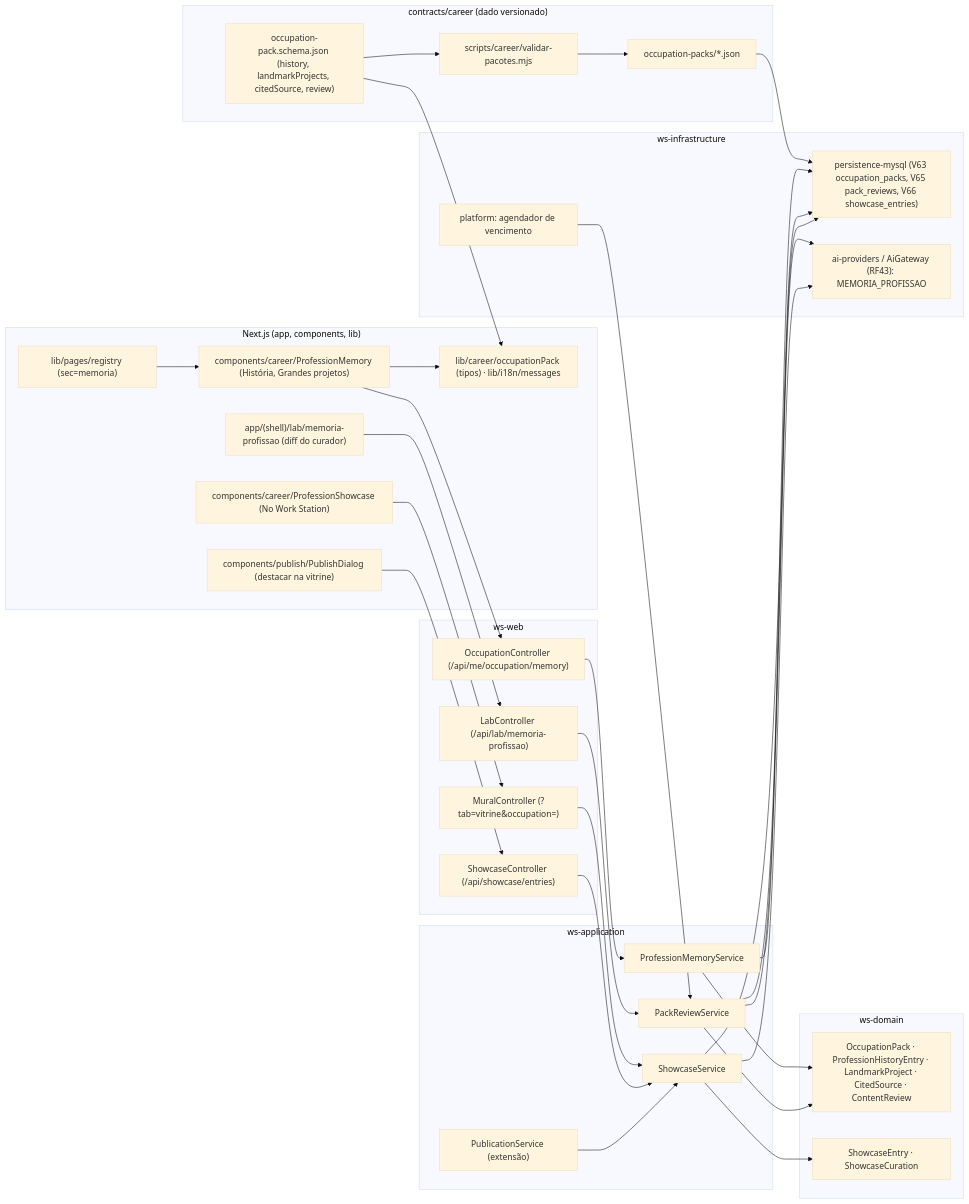
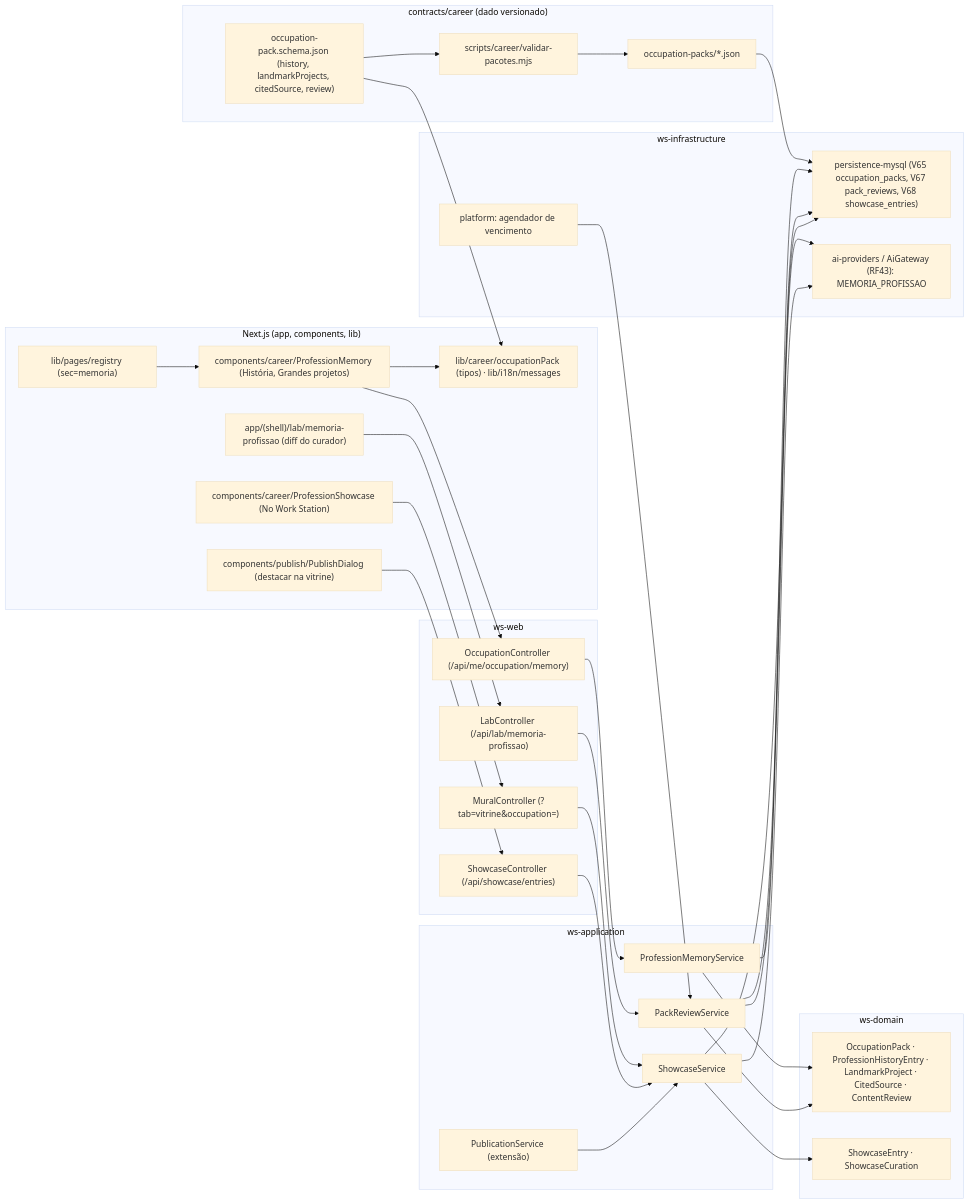
The seventh of 7 diagrams in docs/diagramas/RF78/README.md (MatheusHaliski/Decia-app-2026), drawn with Mermaid (base theme) before and after one commit. The commit also changed 83 other files, not shown here.

````diff
--- a/docs/diagramas/RF78/README.md
+++ b/docs/diagramas/RF78/README.md
@@ -449,52 +449,52 @@
 ```mermaid
 flowchart LR
   subgraph WEB["Next.js (app, components, lib)"]
     MEM["components/career/ProfessionMemory (História, Grandes projetos)"]
     SHW["components/career/ProfessionShowcase (No Work Station)"]
     PUB["components/publish/PublishDialog (destacar na vitrine)"]
     LAB["app/(shell)/lab/memoria-profissao (diff do curador)"]
     LIB["lib/career/occupationPack (tipos) · lib/i18n/messages"]
     REG["lib/pages/registry (sec=memoria)"]
   end
   subgraph DATA["contracts/career (dado versionado)"]
     SCH["occupation-pack.schema.json (history, landmarkProjects, citedSource, review)"]
     PKS["occupation-packs/*.json"]
     VAL["scripts/career/validar-pacotes.mjs"]
   end
   subgraph WSWEB["ws-web"]
     OC["OccupationController (/api/me/occupation/memory)"]
     MC["MuralController (?tab=vitrine&occupation=)"]
     SC["ShowcaseController (/api/showcase/entries)"]
     LC["LabController (/api/lab/memoria-profissao)"]
   end
   subgraph APP["ws-application"]
     PMS["ProfessionMemoryService"]
     SS["ShowcaseService"]
     PRS["PackReviewService"]
     PS["PublicationService (extensão)"]
   end
   subgraph DOM["ws-domain"]
     OP["OccupationPack · ProfessionHistoryEntry · LandmarkProject · CitedSource · ContentReview"]
     SE["ShowcaseEntry · ShowcaseCuration"]
   end
   subgraph INFRA["ws-infrastructure"]
-    MYSQL["persistence-mysql (V63 occupation_packs, V65 pack_reviews, V66 showcase_entries)"]
+    MYSQL["persistence-mysql (V65 occupation_packs, V67 pack_reviews, V68 showcase_entries)"]
     AIG["ai-providers / AiGateway (RF43): MEMORIA_PROFISSAO"]
     JOB["platform: agendador de vencimento"]
   end
   SCH --> VAL --> PKS --> MYSQL
   SCH --> LIB
   MEM --> LIB
   MEM --> OC --> PMS --> OP
   SHW --> MC --> SS --> SE
   PUB --> SC --> SS
   PS --> SS
   LAB --> LC --> PRS --> OP
   PRS --> AIG
   SS --> AIG
   JOB --> PRS
   PMS --> MYSQL
   SS --> MYSQL
   PRS --> MYSQL
   REG --> MEM
 ```
````
